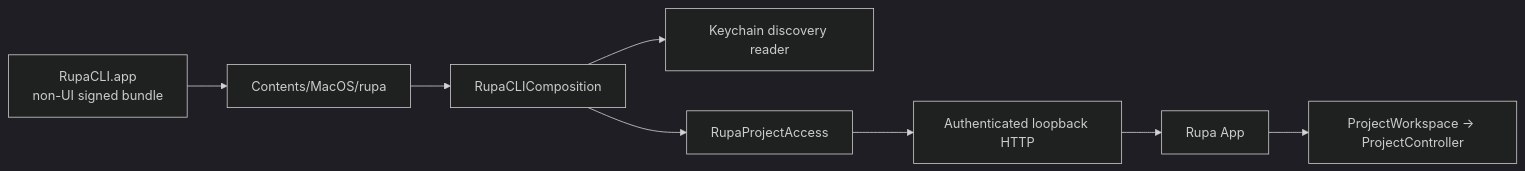
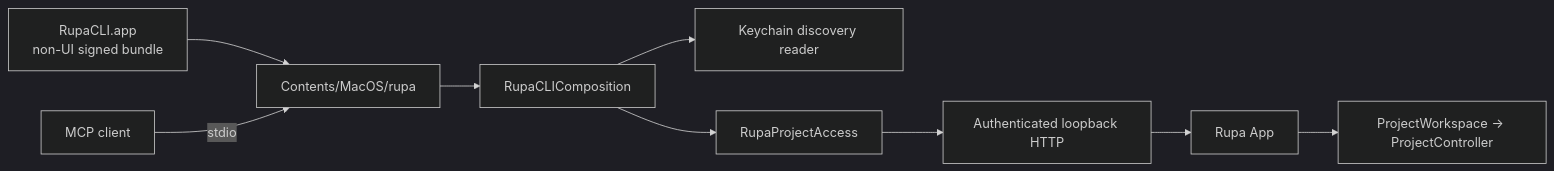
Before and after one commit to 1amageek/Rupa: the first of 2 diagrams in Rupa/Rupa/RupaCLI/DESIGN.md, drawn with Mermaid (dark theme). The commit also changed other lines of this file and 6 other files, not shown here.

````diff
--- a/Rupa/Rupa/RupaCLI/DESIGN.md
+++ b/Rupa/Rupa/RupaCLI/DESIGN.md
@@ -34,10 +34,11 @@
 ```mermaid
 flowchart LR
     Bundle["RupaCLI.app\nnon-UI signed bundle"] --> CLI["Contents/MacOS/rupa"]
     CLI --> Composition["RupaCLIComposition"]
+    MCP["MCP client"] -->|stdio| CLI
     Composition --> Keychain["Keychain discovery reader"]
     Composition --> API["RupaProjectAccess"]
     API --> HTTP["Authenticated loopback HTTP"]
     HTTP --> App["Rupa App"]
     App --> Controller["ProjectWorkspace → ProjectController"]
 ```
````
